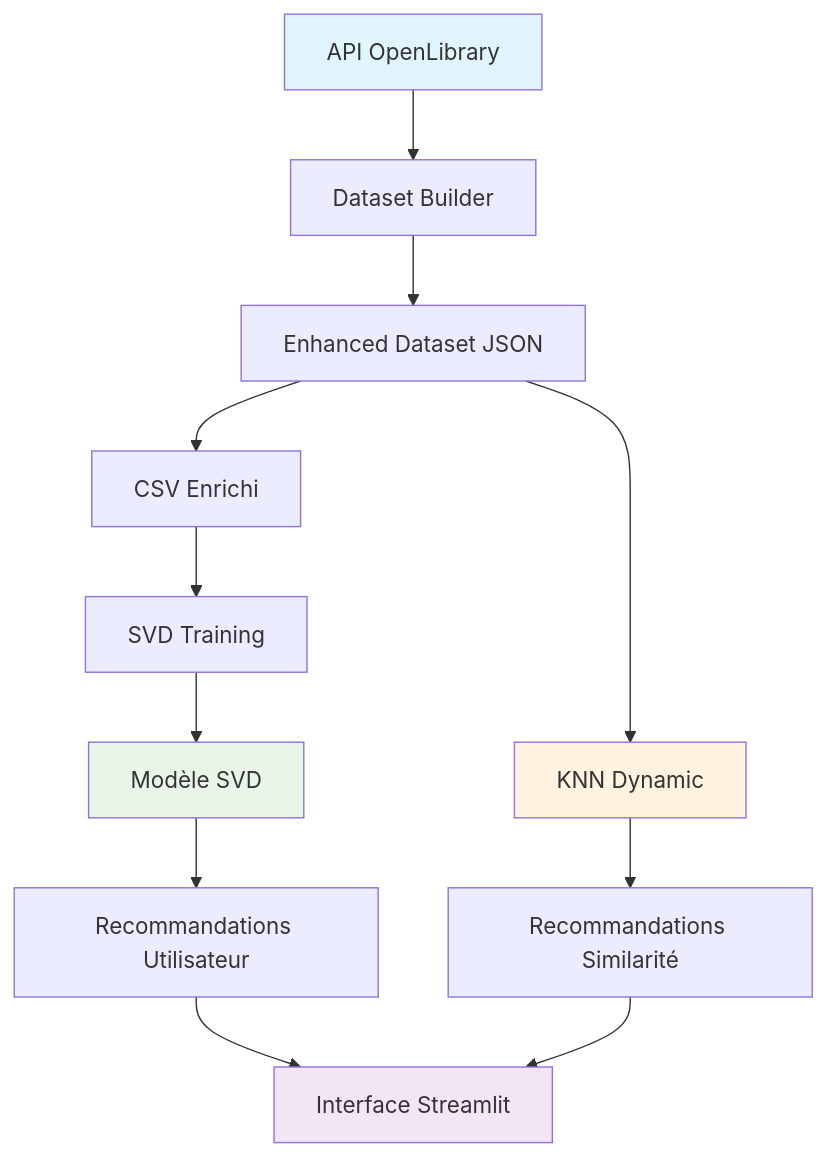
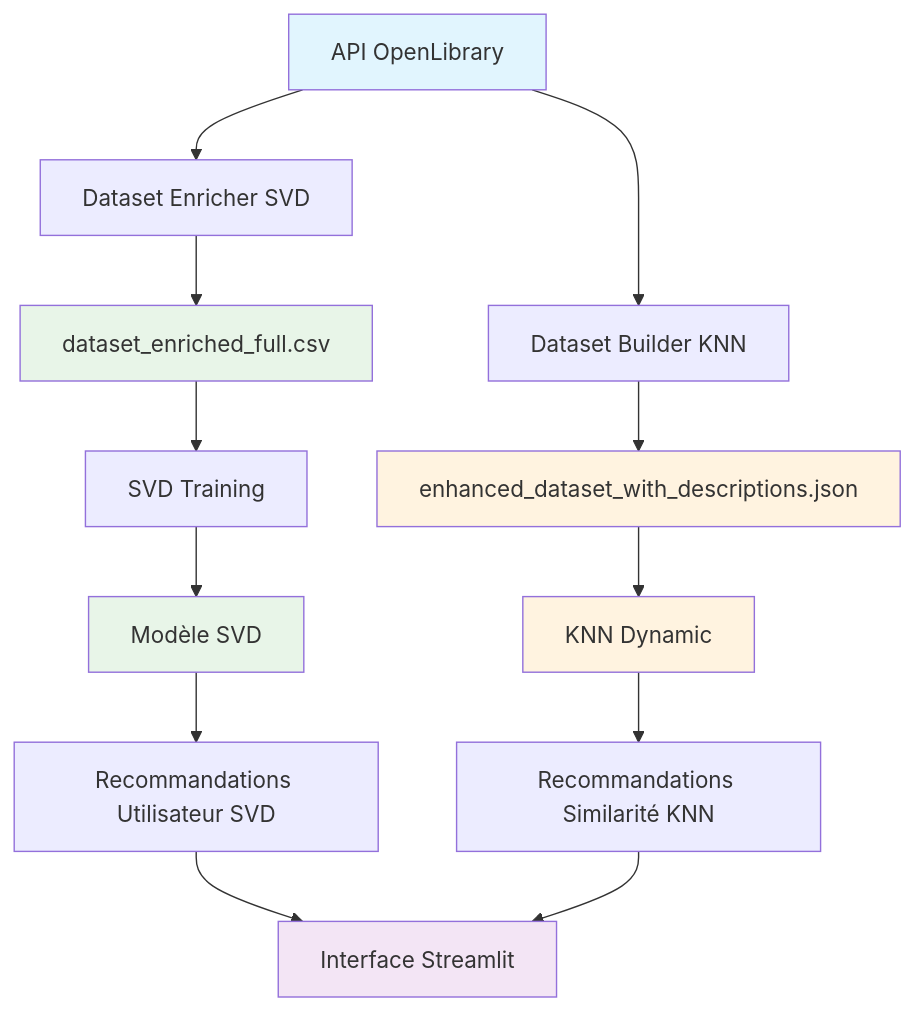
One commit to FLebrun-67/Book_recommender changed the diagram in README.md. Above: the diagram before and after it, drawn with Mermaid. The commit also changed other lines of this file and 1 other file, not shown here.

Commit message:
maj README+dataset_builder.py

````diff
--- a/README.md
+++ b/README.md
@@ -27,20 +27,26 @@
 ```mermaid
 graph TD
-    A[API OpenLibrary] --> B[Dataset Builder]
-    B --> C[Enhanced Dataset JSON]
-    C --> D[CSV Enrichi]
-    D --> E[SVD Training]
-    E --> F[Modèle SVD]
+    A[API OpenLibrary] --> B[Dataset Builder KNN]
+    A --> C[Dataset Enricher SVD]
     
-    C --> G[KNN Dynamic]
-    F --> H[Recommandations Utilisateur]
-    G --> I[Recommandations Similarité]
+    B --> D[enhanced_dataset_with_descriptions.json]
+    C --> E[dataset_enriched_full.csv]
     
-    H --> J[Interface Streamlit]
-    I --> J
+    E --> F[SVD Training]
+    F --> G[Modèle SVD]
+    
+    D --> H[KNN Dynamic]
+    
+    G --> I[Recommandations Utilisateur SVD]
+    H --> J[Recommandations Similarité KNN]
+    
+    I --> K[Interface Streamlit]
+    J --> K
     
     style A fill:#e1f5fe
-    style J fill:#f3e5f5
-    style F fill:#e8f5e8
-    style G fill:#fff3e0
+    style D fill:#fff3e0
+    style E fill:#e8f5e8
+    style G fill:#e8f5e8
+    style H fill:#fff3e0
+    style K fill:#f3e5f5
 ```
````
